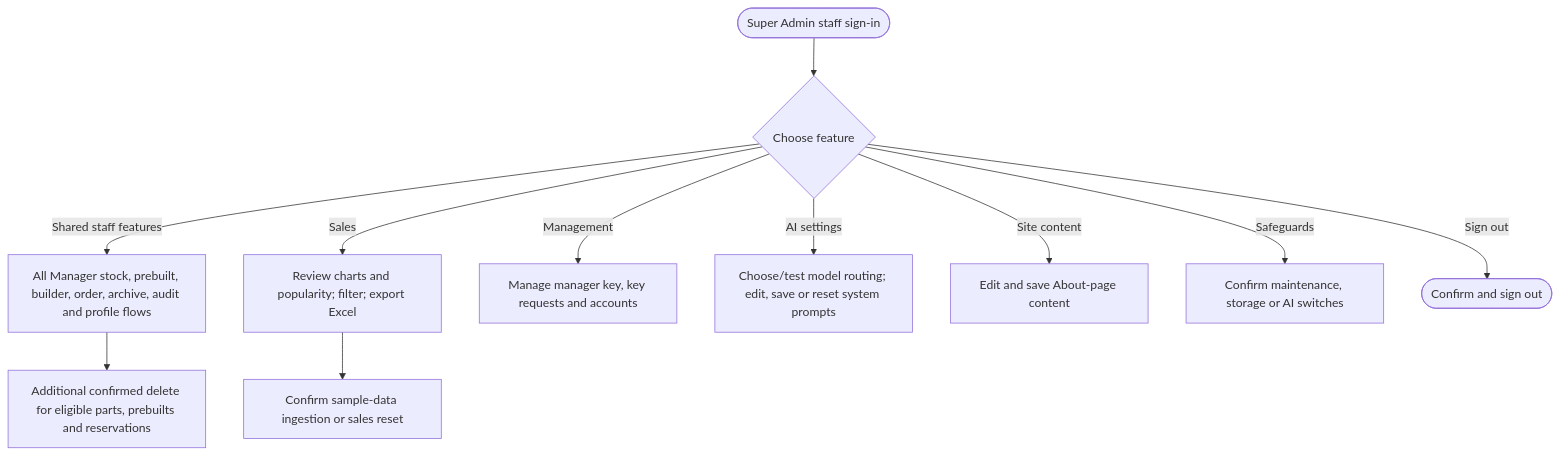
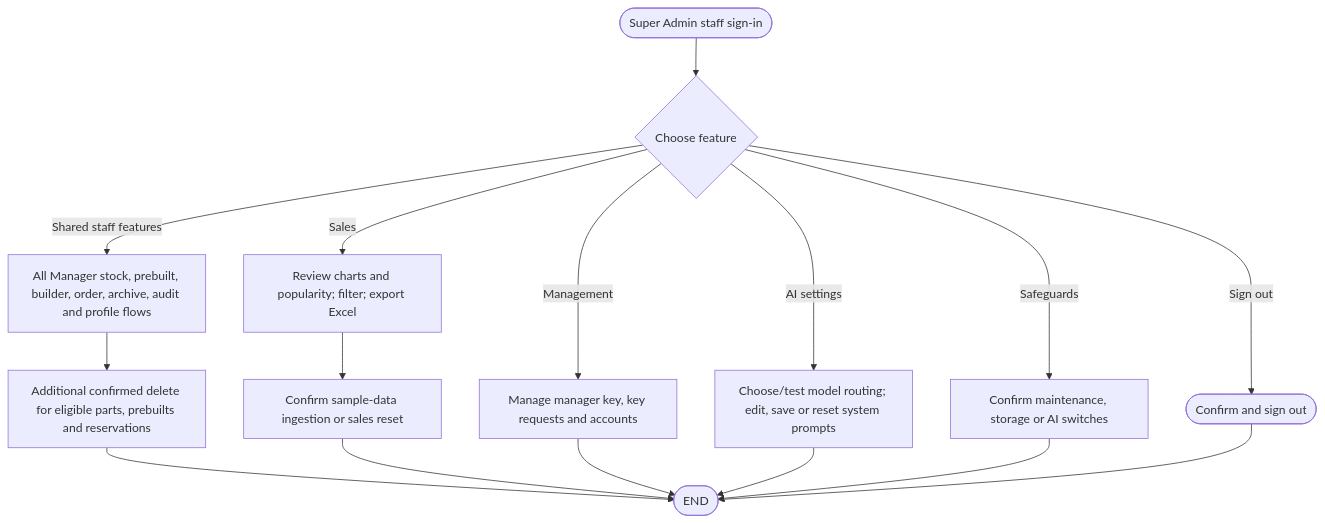
One commit to VirgenRayzon/BuilbotAI changed the third of 4 diagrams in docs/flowcharts/simplified-all-features-flowchart.md. Above: the diagram before and after it, drawn with Mermaid. The commit also changed other lines of this file and 109 other files, not shown here.

Commit message:
feat(builder): add live recommendations, budget slider, and updated system flowcharts

````diff
--- a/docs/flowcharts/simplified-all-features-flowchart.md
+++ b/docs/flowcharts/simplified-all-features-flowchart.md
@@ -55,13 +96,18 @@
 ```mermaid
 flowchart TD
   SStart([Super Admin staff sign-in]) --> SHome{Choose feature}
   SHome -- Shared staff features --> SShared[All Manager stock, prebuilt, builder, order, archive, audit and profile flows]
   SShared --> SDelete[Additional confirmed delete for eligible parts, prebuilts and reservations]
   SHome -- Sales --> SSales[Review charts and popularity; filter; export Excel]
   SSales --> SSalesMutate[Confirm sample-data ingestion or sales reset]
   SHome -- Management --> SManagement[Manage manager key, key requests and accounts]
   SHome -- AI settings --> SAi[Choose/test model routing; edit, save or reset system prompts]
-  SHome -- Site content --> SContent[Edit and save About-page content]
   SHome -- Safeguards --> SGuard[Confirm maintenance, storage or AI switches]
   SHome -- Sign out --> SExit([Confirm and sign out])
+  SDelete --> Finish([END])
+  SSalesMutate --> Finish
+  SManagement --> Finish
+  SAi --> Finish
+  SGuard --> Finish
+  SExit --> Finish
 ```
````
